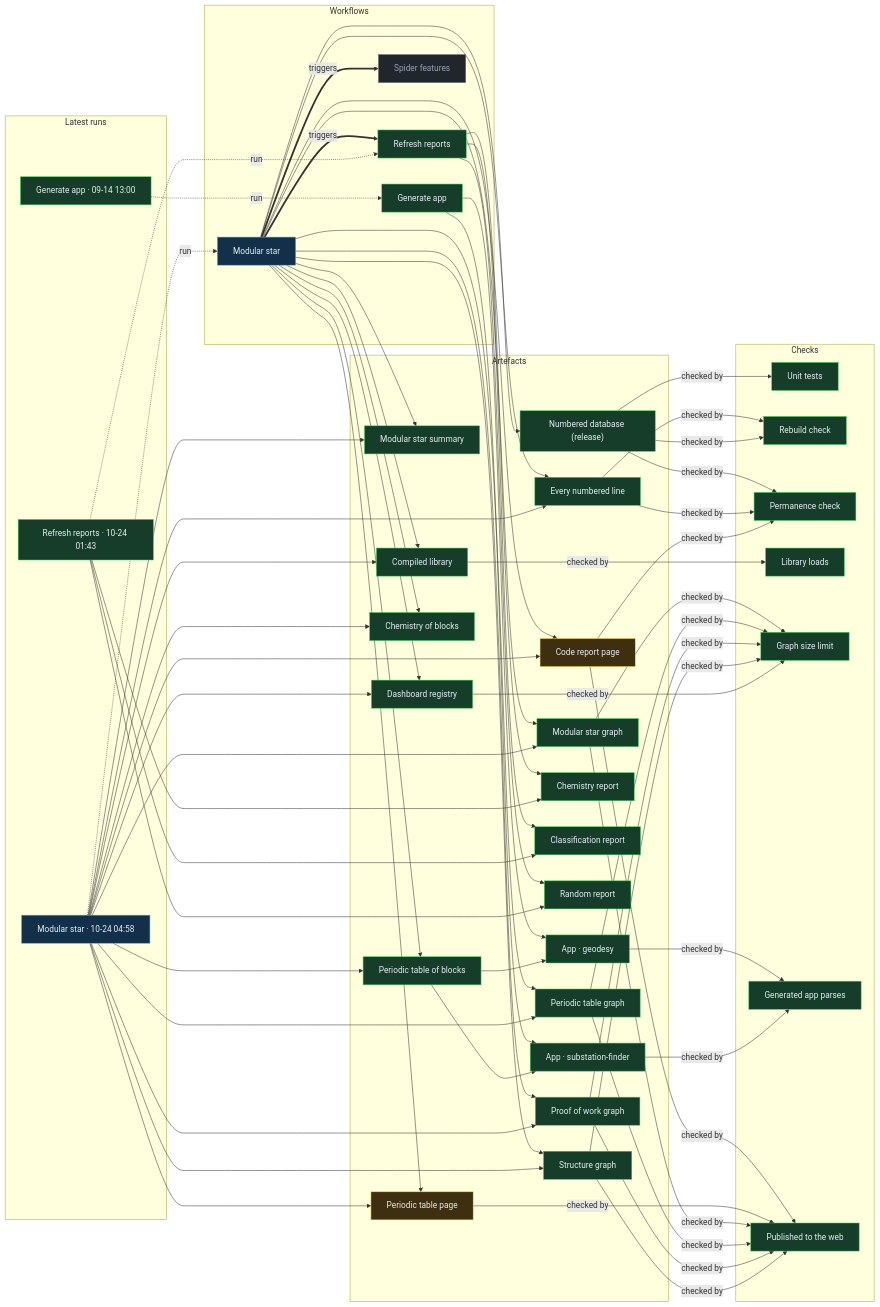
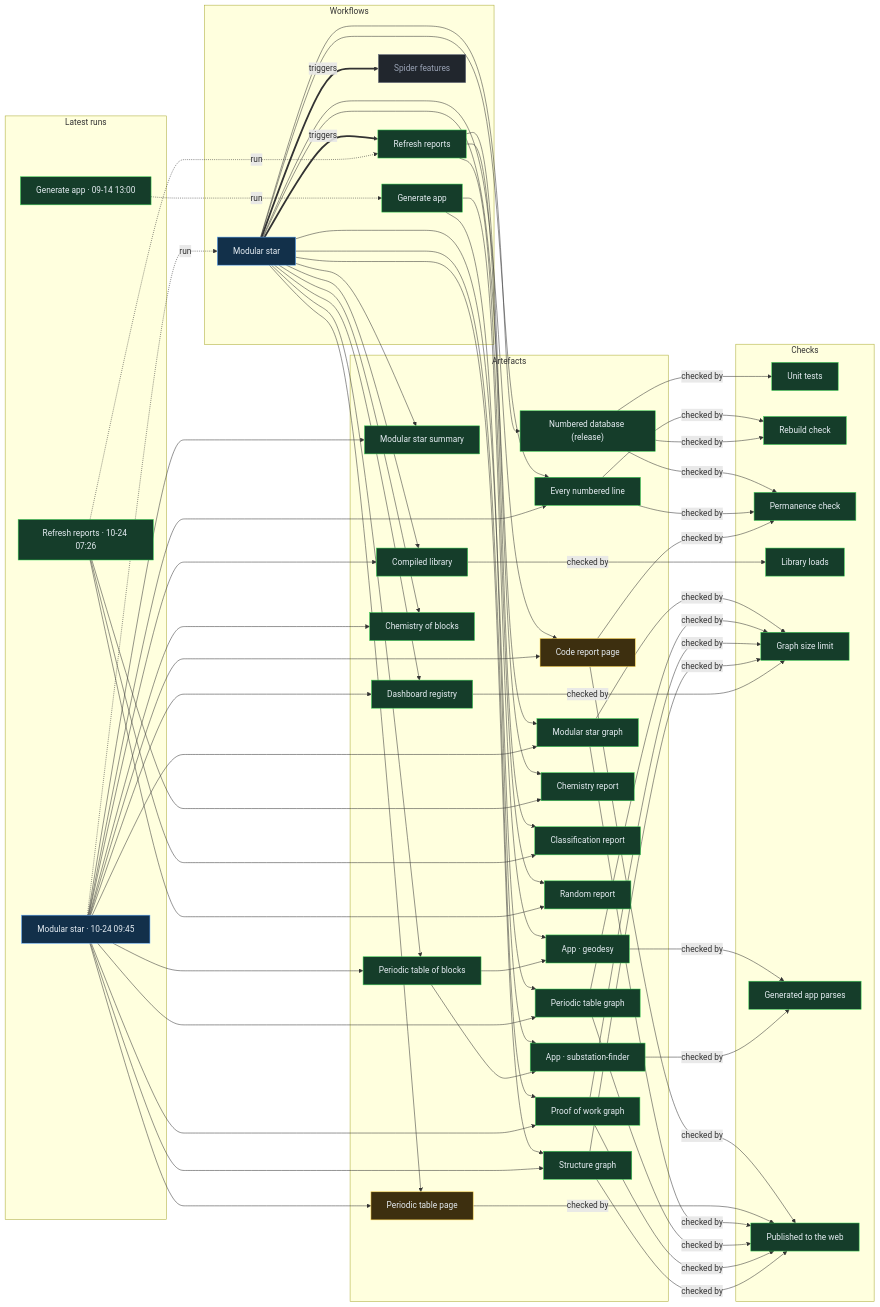
One commit to Ventusltd/stars changed the diagram in proof/PROOF.md. Above: the diagram before and after it, drawn with Mermaid. The commit also changed other lines of this file and 35 other files, not shown here.

Commit message:
Modular star 2026-10-24T09:48Z

```diff
--- a/proof/PROOF.md
+++ b/proof/PROOF.md
@@ -24,8 +24,8 @@
   n_wf_spider_features["Spider features"]:::off
   end
   subgraph g_runs["Latest runs"]
-  n_run_40064443109["Modular star · 10-24 04:58"]:::live
-  n_run_40051104459["Refresh reports · 10-24 01:43"]:::ok
+  n_run_40083237689["Modular star · 10-24 09:45"]:::live
+  n_run_40074148820["Refresh reports · 10-24 07:26"]:::ok
   n_run_34846587798["Generate app · 09-14 13:00"]:::ok
   end
   subgraph g_artefacts["Artefacts"]
@@ -59,39 +59,39 @@
   end
   n_wf_modular_star == triggers ==> n_wf_refresh
   n_wf_modular_star == triggers ==> n_wf_spider_features
-  n_run_40064443109 -. run .-> n_wf_modular_star
-  n_run_40051104459 -. run .-> n_wf_refresh
+  n_run_40083237689 -. run .-> n_wf_modular_star
+  n_run_40074148820 -. run .-> n_wf_refresh
   n_run_34846587798 -. run .-> n_wf_generate
   n_wf_modular_star --> n_art_summary
-  n_run_40064443109 --> n_art_summary
+  n_run_40083237689 --> n_art_summary
   n_wf_modular_star --> n_art_lines
-  n_run_40064443109 --> n_art_lines
+  n_run_40083237689 --> n_art_lines
   n_wf_modular_star --> n_art_code
-  n_run_40064443109 --> n_art_code
+  n_run_40083237689 --> n_art_code
   n_wf_modular_star --> n_art_modular_graph
-  n_run_40064443109 --> n_art_modular_graph
+  n_run_40083237689 --> n_art_modular_graph
   n_wf_modular_star --> n_art_blocks
-  n_run_40064443109 --> n_art_blocks
+  n_run_40083237689 --> n_art_blocks
   n_wf_modular_star --> n_art_table
-  n_run_40064443109 --> n_art_table
+  n_run_40083237689 --> n_art_table
   n_wf_modular_star --> n_art_blocks_graph
-  n_run_40064443109 --> n_art_blocks_graph
+  n_run_40083237689 --> n_art_blocks_graph
   n_wf_modular_star --> n_art_reactions
-  n_run_40064443109 --> n_art_reactions
+  n_run_40083237689 --> n_art_reactions
   n_wf_modular_star --> n_art_library
-  n_run_40064443109 --> n_art_library
+  n_run_40083237689 --> n_art_library
   n_wf_modular_star --> n_art_features
-  n_run_40064443109 --> n_art_features
+  n_run_40083237689 --> n_art_features
   n_wf_modular_star --> n_art_proof
-  n_run_40064443109 --> n_art_proof
+  n_run_40083237689 --> n_art_proof
   n_wf_modular_star --> n_art_structure
-  n_run_40064443109 --> n_art_structure
+  n_run_40083237689 --> n_art_structure
   n_wf_refresh --> n_art_chemistry
-  n_run_40051104459 --> n_art_chemistry
+  n_run_40074148820 --> n_art_chemistry
   n_wf_refresh --> n_art_vedic
-  n_run_40051104459 --> n_art_vedic
+  n_run_40074148820 --> n_art_vedic
   n_wf_refresh --> n_art_random
-  n_run_40051104459 --> n_art_random
+  n_run_40074148820 --> n_art_random
   n_wf_modular_star --> n_art_release
   n_wf_generate --> n_app_geodesy
   n_art_blocks --> n_app_geodesy
```
